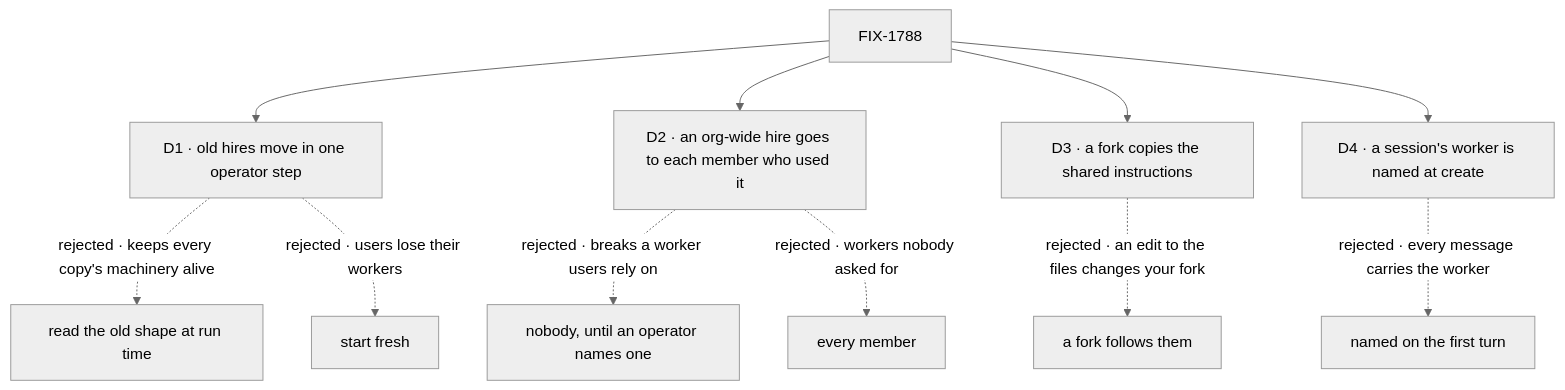
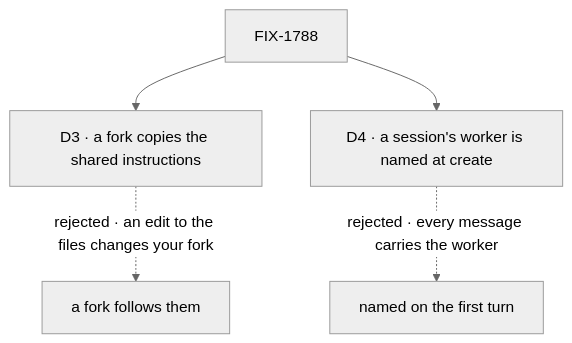
One commit to fixpoint-labs/flow-state-dev changed the diagram in specs/issues/FIX-1788/DECISIONS.md. Above: the diagram before and after it, drawn with Mermaid (neutral theme). The commit also changed other lines of this file and 37 other files, not shown here.

````diff
--- a/specs/issues/FIX-1788/DECISIONS.md
+++ b/specs/issues/FIX-1788/DECISIONS.md
@@ -12,13 +12,7 @@
 ```mermaid
 flowchart TD
-  I["FIX-1788"] --> D1["D1 · old hires move in one operator step"]
-  D1 -.->|"rejected · keeps every copy's machinery alive"| X1["read the old shape at run time"]
-  D1 -.->|"rejected · users lose their workers"| X1b["start fresh"]
-  I --> D2["D2 · an org-wide hire goes to each member who used it"]
-  D2 -.->|"rejected · breaks a worker users rely on"| X2["nobody, until an operator names one"]
-  D2 -.->|"rejected · workers nobody asked for"| X2b["every member"]
-  I --> D3["D3 · a fork copies the shared instructions"]
+  I["FIX-1788"] --> D3["D3 · a fork copies the shared instructions"]
   D3 -.->|"rejected · an edit to the files changes your fork"| X3["a fork follows them"]
   I --> D4["D4 · a session's worker is named at create"]
   D4 -.->|"rejected · every message carries the worker"| X4["named on the first turn"]
 ```
````
